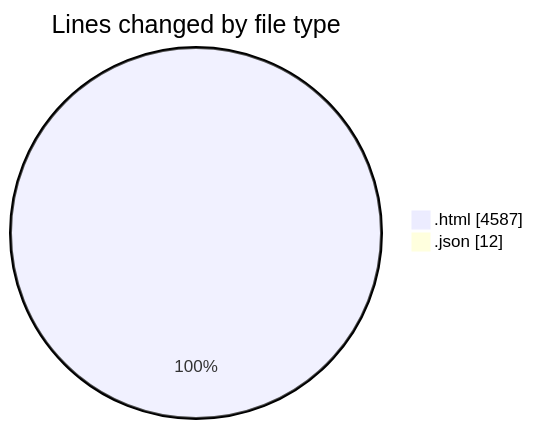
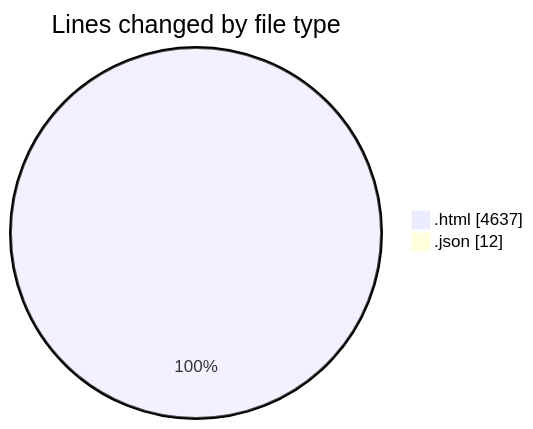
One commit to momahboobian/code-tracking changed the first of 2 diagrams in 2026-05-21/pdf_invoice/README.md. Above: the diagram before and after it, drawn with Mermaid. The commit also changed other lines of this file and 1 other file, not shown here.

````diff
--- a/2026-05-21/pdf_invoice/README.md
+++ b/2026-05-21/pdf_invoice/README.md
@@ -26,6 +26,6 @@
 ```mermaid
 pie showData
 title Lines changed by file type
-".html" : 4587
+".html" : 4637
 ".json" : 12
 ```
````
